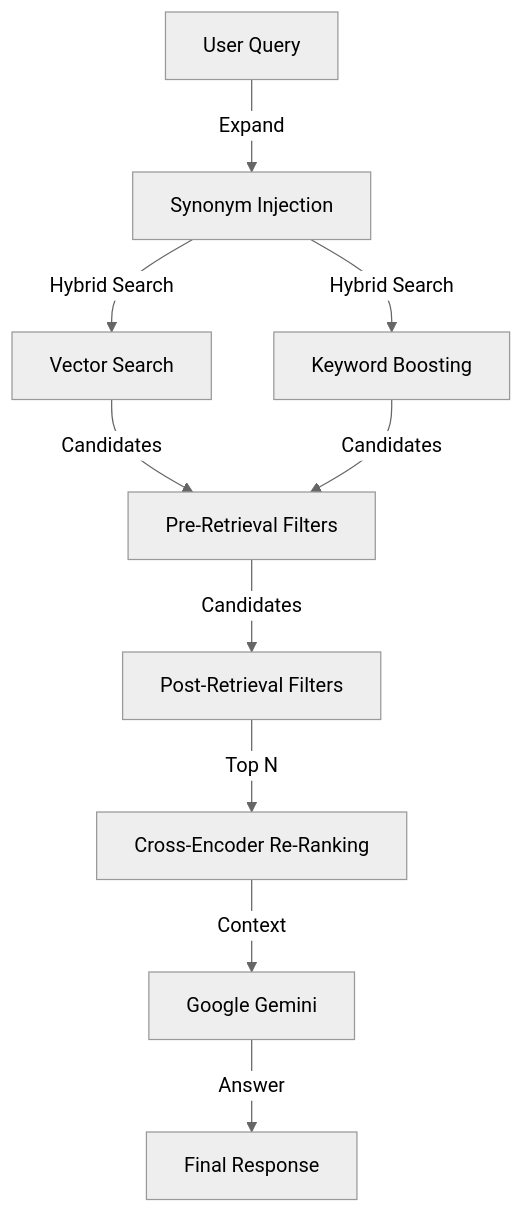
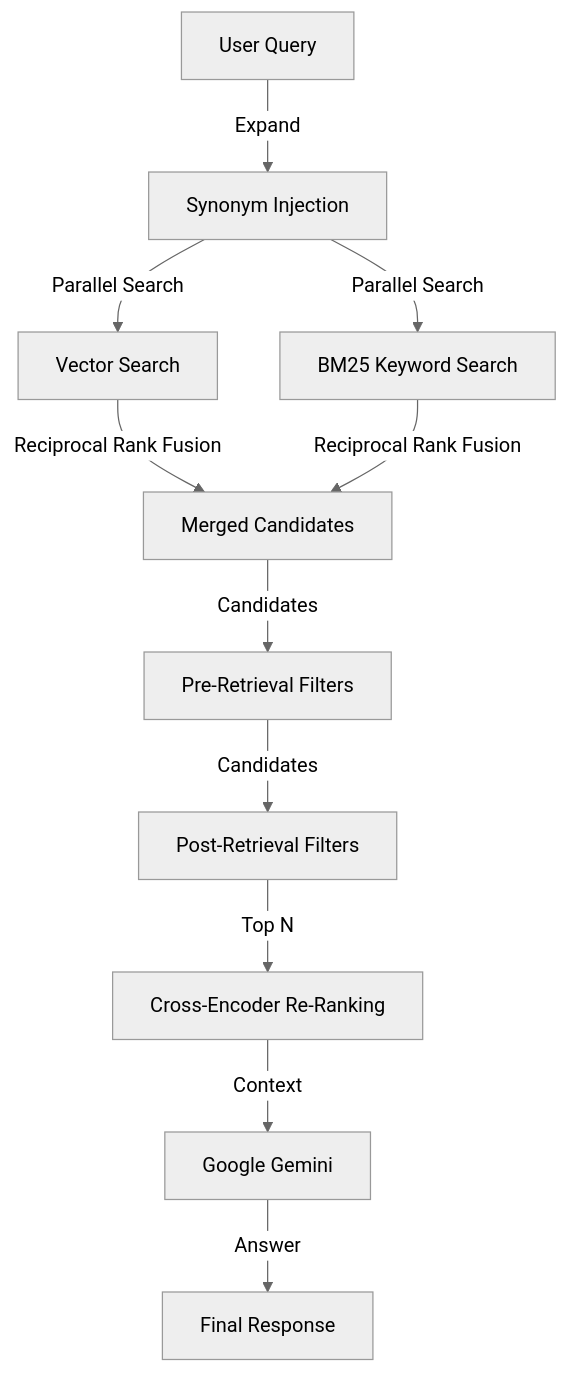
Before and after one commit to geoffkip/clinical_trial_inspector: the second of 3 diagrams in README.md, drawn with Mermaid (neutral theme). The commit also changed other lines of this file, not shown here.

````diff
--- a/README.md
+++ b/README.md
@@ -95,10 +95,11 @@
 ```mermaid
 graph TD
     User[User Query] -->|Expand| Synonyms[Synonym Injection]
-    Synonyms -->|Hybrid Search| Vector[Vector Search] & Keyword[Keyword Boosting]
-    Vector & Keyword -->|Candidates| PreFilter[Pre-Retrieval Filters]
+    Synonyms -->|Parallel Search| Vector[Vector Search] & BM25[BM25 Keyword Search]
+    Vector & BM25 -->|Reciprocal Rank Fusion| Fusion[Merged Candidates]
+    Fusion -->|Candidates| PreFilter[Pre-Retrieval Filters]
     PreFilter -->|Candidates| PostFilter[Post-Retrieval Filters]
     PostFilter -->|Top N| ReRank[Cross-Encoder Re-Ranking]
     ReRank -->|Context| LLM[Google Gemini]
     LLM -->|Answer| Response[Final Response]
 ```
````
